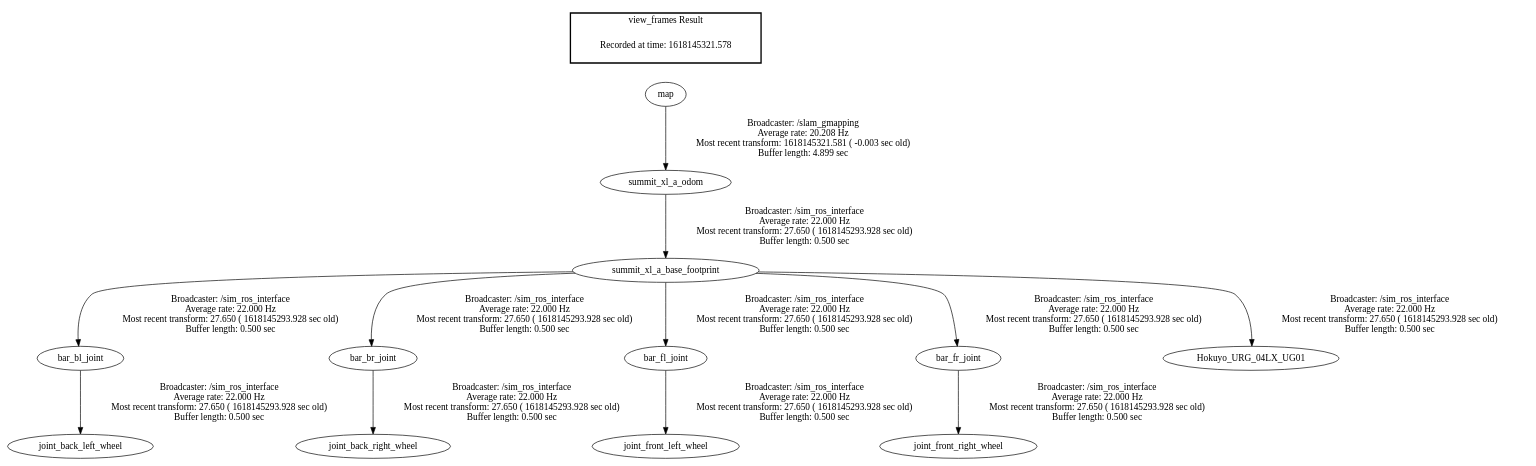
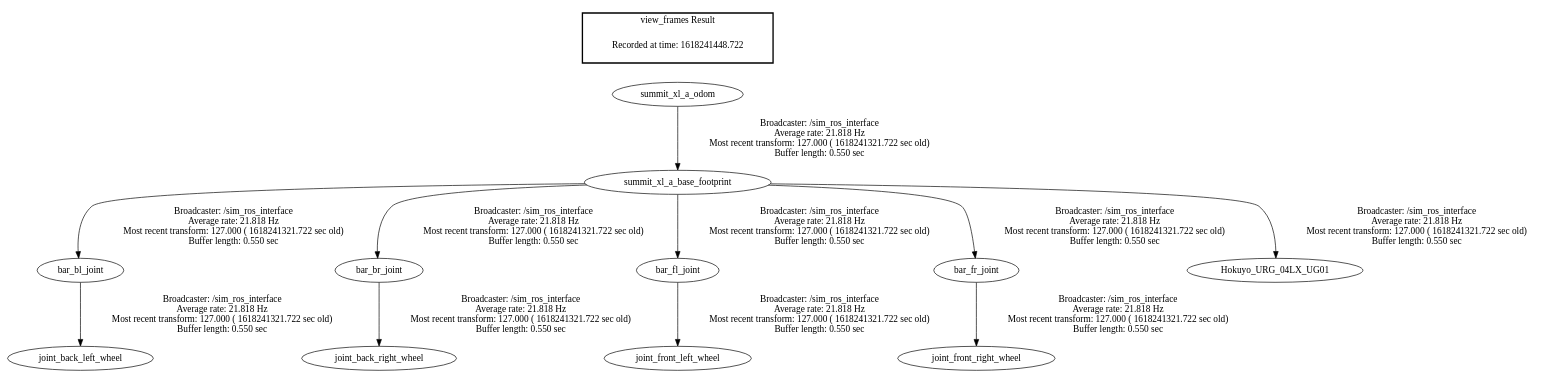
Before and after one commit to ozzwozz/PROJ324: the diagram in frames.gv, drawn with Graphviz. The commit also changed 191 other files, not shown here.

```diff
--- a/frames.gv
+++ b/frames.gv
@@ -1,17 +1,16 @@
 digraph G {
-"map" -> "summit_xl_a_odom"[label="Broadcaster: /slam_gmapping\nAverage rate: 20.208 Hz\nMost recent transform: 1618145321.581 ( -0.003 sec old)\nBuffer length: 4.899 sec\n"];
-"summit_xl_a_odom" -> "summit_xl_a_base_footprint"[label="Broadcaster: /sim_ros_interface\nAverage rate: 22.000 Hz\nMost recent transform: 27.650 ( 1618145293.928 sec old)\nBuffer length: 0.500 sec\n"];
-"summit_xl_a_base_footprint" -> "bar_bl_joint"[label="Broadcaster: /sim_ros_interface\nAverage rate: 22.000 Hz\nMost recent transform: 27.650 ( 1618145293.928 sec old)\nBuffer length: 0.500 sec\n"];
-"summit_xl_a_base_footprint" -> "bar_br_joint"[label="Broadcaster: /sim_ros_interface\nAverage rate: 22.000 Hz\nMost recent transform: 27.650 ( 1618145293.928 sec old)\nBuffer length: 0.500 sec\n"];
-"summit_xl_a_base_footprint" -> "bar_fl_joint"[label="Broadcaster: /sim_ros_interface\nAverage rate: 22.000 Hz\nMost recent transform: 27.650 ( 1618145293.928 sec old)\nBuffer length: 0.500 sec\n"];
-"summit_xl_a_base_footprint" -> "bar_fr_joint"[label="Broadcaster: /sim_ros_interface\nAverage rate: 22.000 Hz\nMost recent transform: 27.650 ( 1618145293.928 sec old)\nBuffer length: 0.500 sec\n"];
-"summit_xl_a_base_footprint" -> "Hokuyo_URG_04LX_UG01"[label="Broadcaster: /sim_ros_interface\nAverage rate: 22.000 Hz\nMost recent transform: 27.650 ( 1618145293.928 sec old)\nBuffer length: 0.500 sec\n"];
-"bar_bl_joint" -> "joint_back_left_wheel"[label="Broadcaster: /sim_ros_interface\nAverage rate: 22.000 Hz\nMost recent transform: 27.650 ( 1618145293.928 sec old)\nBuffer length: 0.500 sec\n"];
-"bar_br_joint" -> "joint_back_right_wheel"[label="Broadcaster: /sim_ros_interface\nAverage rate: 22.000 Hz\nMost recent transform: 27.650 ( 1618145293.928 sec old)\nBuffer length: 0.500 sec\n"];
-"bar_fl_joint" -> "joint_front_left_wheel"[label="Broadcaster: /sim_ros_interface\nAverage rate: 22.000 Hz\nMost recent transform: 27.650 ( 1618145293.928 sec old)\nBuffer length: 0.500 sec\n"];
-"bar_fr_joint" -> "joint_front_right_wheel"[label="Broadcaster: /sim_ros_interface\nAverage rate: 22.000 Hz\nMost recent transform: 27.650 ( 1618145293.928 sec old)\nBuffer length: 0.500 sec\n"];
+"summit_xl_a_odom" -> "summit_xl_a_base_footprint"[label="Broadcaster: /sim_ros_interface\nAverage rate: 21.818 Hz\nMost recent transform: 127.000 ( 1618241321.722 sec old)\nBuffer length: 0.550 sec\n"];
+"summit_xl_a_base_footprint" -> "bar_bl_joint"[label="Broadcaster: /sim_ros_interface\nAverage rate: 21.818 Hz\nMost recent transform: 127.000 ( 1618241321.722 sec old)\nBuffer length: 0.550 sec\n"];
+"summit_xl_a_base_footprint" -> "bar_br_joint"[label="Broadcaster: /sim_ros_interface\nAverage rate: 21.818 Hz\nMost recent transform: 127.000 ( 1618241321.722 sec old)\nBuffer length: 0.550 sec\n"];
+"summit_xl_a_base_footprint" -> "bar_fl_joint"[label="Broadcaster: /sim_ros_interface\nAverage rate: 21.818 Hz\nMost recent transform: 127.000 ( 1618241321.722 sec old)\nBuffer length: 0.550 sec\n"];
+"summit_xl_a_base_footprint" -> "bar_fr_joint"[label="Broadcaster: /sim_ros_interface\nAverage rate: 21.818 Hz\nMost recent transform: 127.000 ( 1618241321.722 sec old)\nBuffer length: 0.550 sec\n"];
+"summit_xl_a_base_footprint" -> "Hokuyo_URG_04LX_UG01"[label="Broadcaster: /sim_ros_interface\nAverage rate: 21.818 Hz\nMost recent transform: 127.000 ( 1618241321.722 sec old)\nBuffer length: 0.550 sec\n"];
+"bar_bl_joint" -> "joint_back_left_wheel"[label="Broadcaster: /sim_ros_interface\nAverage rate: 21.818 Hz\nMost recent transform: 127.000 ( 1618241321.722 sec old)\nBuffer length: 0.550 sec\n"];
+"bar_br_joint" -> "joint_back_right_wheel"[label="Broadcaster: /sim_ros_interface\nAverage rate: 21.818 Hz\nMost recent transform: 127.000 ( 1618241321.722 sec old)\nBuffer length: 0.550 sec\n"];
+"bar_fl_joint" -> "joint_front_left_wheel"[label="Broadcaster: /sim_ros_interface\nAverage rate: 21.818 Hz\nMost recent transform: 127.000 ( 1618241321.722 sec old)\nBuffer length: 0.550 sec\n"];
+"bar_fr_joint" -> "joint_front_right_wheel"[label="Broadcaster: /sim_ros_interface\nAverage rate: 21.818 Hz\nMost recent transform: 127.000 ( 1618241321.722 sec old)\nBuffer length: 0.550 sec\n"];
 edge [style=invis];
  subgraph cluster_legend { style=bold; color=black; label ="view_frames Result";
-"Recorded at time: 1618145321.578"[ shape=plaintext ] ;
- }->"map";
+"Recorded at time: 1618241448.722"[ shape=plaintext ] ;
+ }->"summit_xl_a_odom";
 }
```
